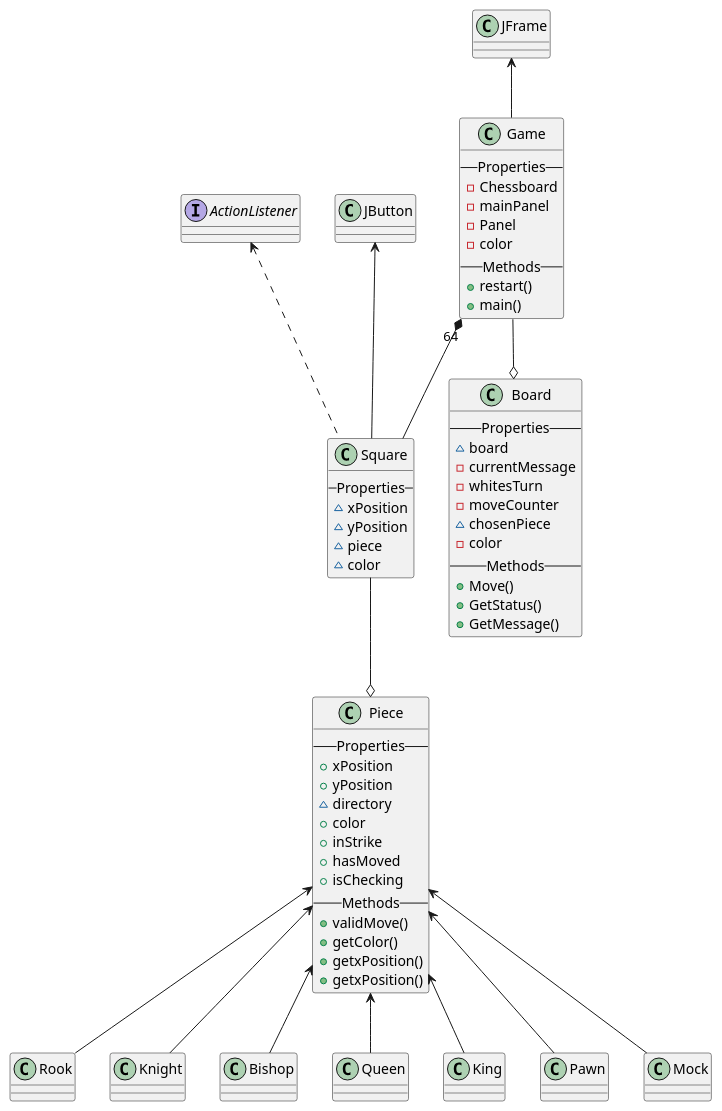
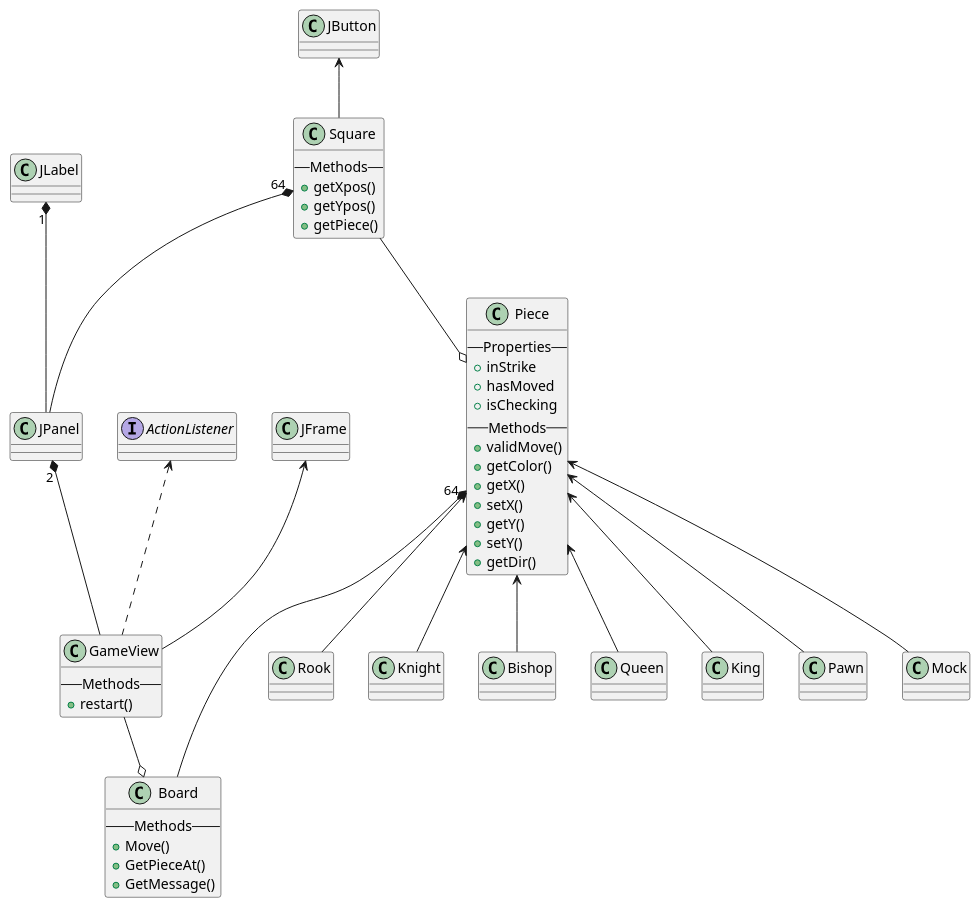
The diagram in projekt.wsd (a-svanborg/chess-java), drawn with PlantUML before and after one commit. The commit also changed 4 other files, not shown here.

```diff
--- a/projekt.wsd
+++ b/projekt.wsd
@@ -1,79 +1,76 @@
 @startuml
-class Game{
-    --Properties--
-    - Chessboard
-    - mainPanel
-    - Panel
-    - color
+class GameView{
     --Methods--
     + restart()
-    + main()
 }
+
+class JPanel
+
+class JLabel
+
 class Board{
-    --Properties--
-    ~ board
-    - currentMessage
-    - whitesTurn
-    - moveCounter
-    ~ chosenPiece
-    - color
     --Methods--
     + Move()
-    + GetStatus()
+    + GetPieceAt()
     + GetMessage()
 }
 
 class Square{
-    --Properties--
-    ~ xPosition
-    ~ yPosition
-    ~ piece
-    ~ color
+    --Methods--
+    + getXpos()
+    + getYpos()
+    + getPiece()
 }
 
 class Piece{
     --Properties--
-    + xPosition
-    + yPosition
-    ~ directory
-    + color
     + inStrike
     + hasMoved
     + isChecking
     --Methods--
     + validMove()
     + getColor()
-    + getxPosition()
-    + getxPosition()
+    + getX()
+    + setX()
+    + getY()
+    + setY()
+    + getDir()
 }
 
 class Rook
 class Knight
 class Bishop
 class Queen
 class King
 class Pawn
 class Mock
 
 interface ActionListener
 
 
 
-JFrame <-- Game
-Game --o Board
-Game "64" *-- Square
+JFrame <-- GameView
+GameView --o Board
+
+
+JPanel "2" *-- GameView
+Square "64" *-- JPanel
+JLabel "1" *-- JPanel
+
+
+Piece "64" *-- Board
 
 JButton <-- Square
-ActionListener <.. Square
+ActionListener <.. GameView
 
 Square --o Piece
 
 Piece <-- Rook
 Piece <-- Knight
 Piece <-- Bishop
 Piece <-- Queen
 Piece <-- King
 Piece <-- Pawn
 Piece <-- Mock
 
 @enduml
```
